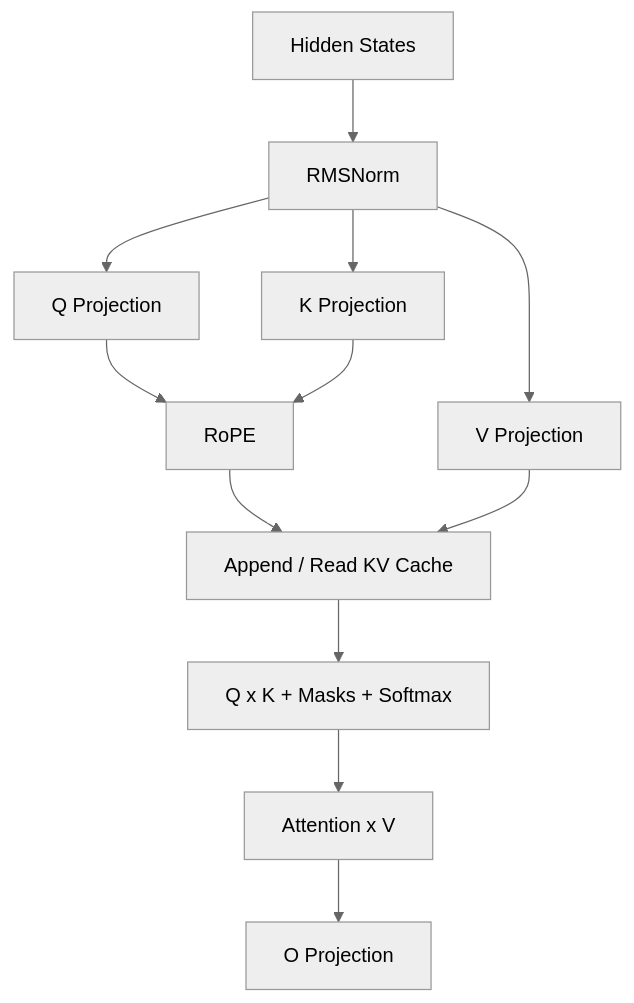
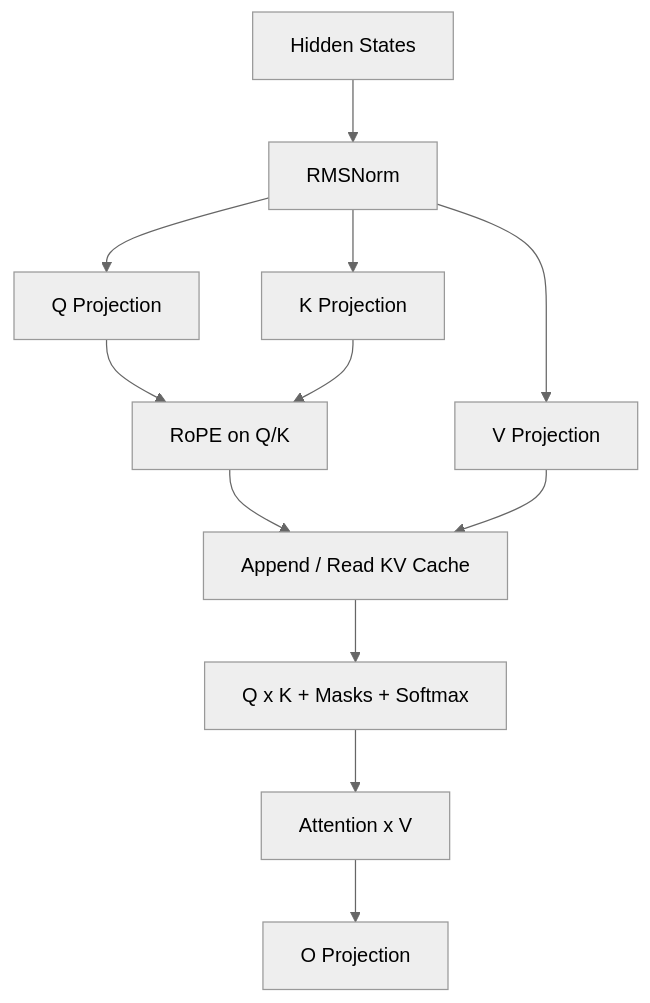
Before and after one commit to eagle-dai/easy_llm.cpp: the fifth of 9 diagrams in my/docs/easy_llm_guide.zh-CN.md, drawn with Mermaid (neutral theme). The commit also changed other lines of this file, not shown here.

Commit message:
docs: fix architecture boundaries and strengthen state ownership

````diff
--- a/my/docs/easy_llm_guide.zh-CN.md
+++ b/my/docs/easy_llm_guide.zh-CN.md
@@ -698,25 +785,25 @@
 ```mermaid
 flowchart TB
     X[Hidden States]
     N[RMSNorm]
     Q[Q Projection]
     K[K Projection]
     V[V Projection]
-    R[RoPE]
+    R[RoPE on Q/K]
     C[Append / Read KV Cache]
     A[Q x K + Masks + Softmax]
     O[Attention x V]
     P[O Projection]
 
     X --> N
     N --> Q
     N --> K
     N --> V
     Q --> R
     K --> R
     R --> C
     V --> C
     C --> A
     A --> O
     O --> P
 ```
````
